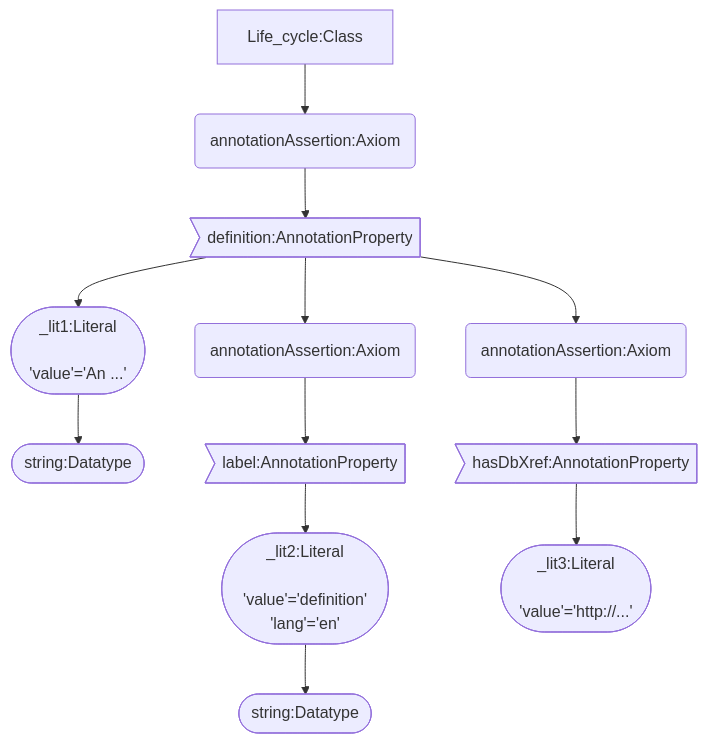
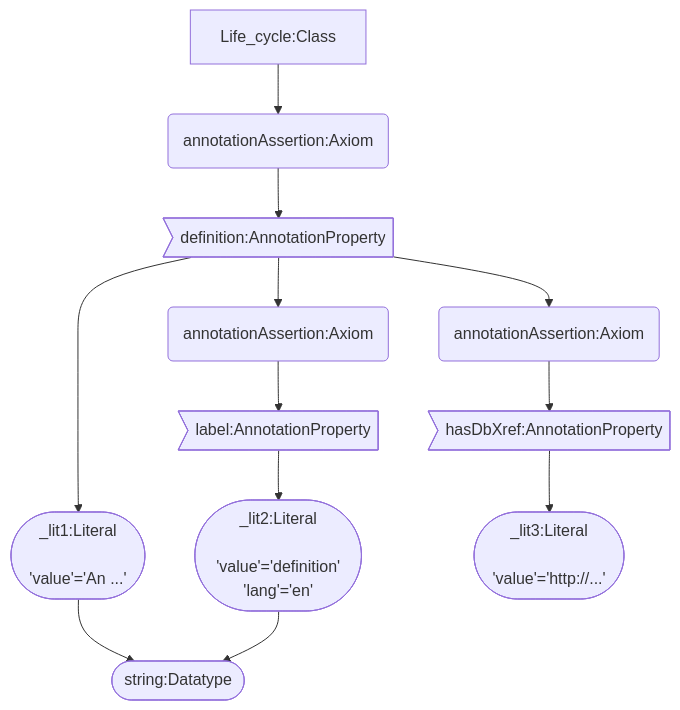
One commit to neobernad/owl_to_lpg changed the sixth of 6 diagrams in docs/owl_to_lpg/README.md. Above: the diagram before and after it, drawn with Mermaid.

Commit message:
Datatypes are resusable nodes

````diff
--- a/docs/owl_to_lpg/README.md
+++ b/docs/owl_to_lpg/README.md
@@ -163,17 +163,17 @@
 ```mermaid
 graph TB
 
 	LIFE_CYCLE["Life_cycle:Class"]:::cNode --> AX1("annotationAssertion:Axiom"):::aNode;
 	AX1 --> DEFINITION>"definition:AnnotationProperty"]:::pNode;
 	DEFINITION --> LITERAL1(["_lit1:Literal<br/> <br/>'value'='An ...'"]):::cNode;
-	LITERAL1 --> STRING_DT_1(["string:Datatype"]):::cNode;
+	LITERAL1 --> STRING_DT(["string:Datatype"]):::cNode;
 
 	DEFINITION --> AX2("annotationAssertion:Axiom"):::aNode;
 	AX2 --> LABEL1>"label:AnnotationProperty"]:::pNode;
 	LABEL1 --> LITERAL2(["_lit2:Literal<br/> <br/>'value'='definition'<br/>'lang'='en'"]):::cNode;
-	LITERAL2 --> STRING_DT_2(["string:Datatype"]):::cNode;
+	LITERAL2 --> STRING_DT(["string:Datatype"]):::cNode;
 
 	DEFINITION --> AX3("annotationAssertion:Axiom"):::aNode;
 	AX3 --> XREF>"hasDbXref:AnnotationProperty"]:::pNode;
 	XREF --> LITERAL3(["_lit3:Literal<br/> <br/>'value'='http://...'"]):::cNode;
 ```
````
